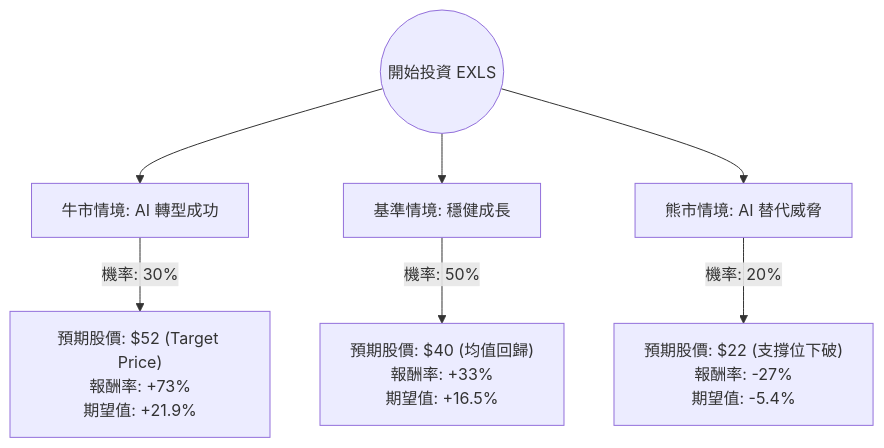
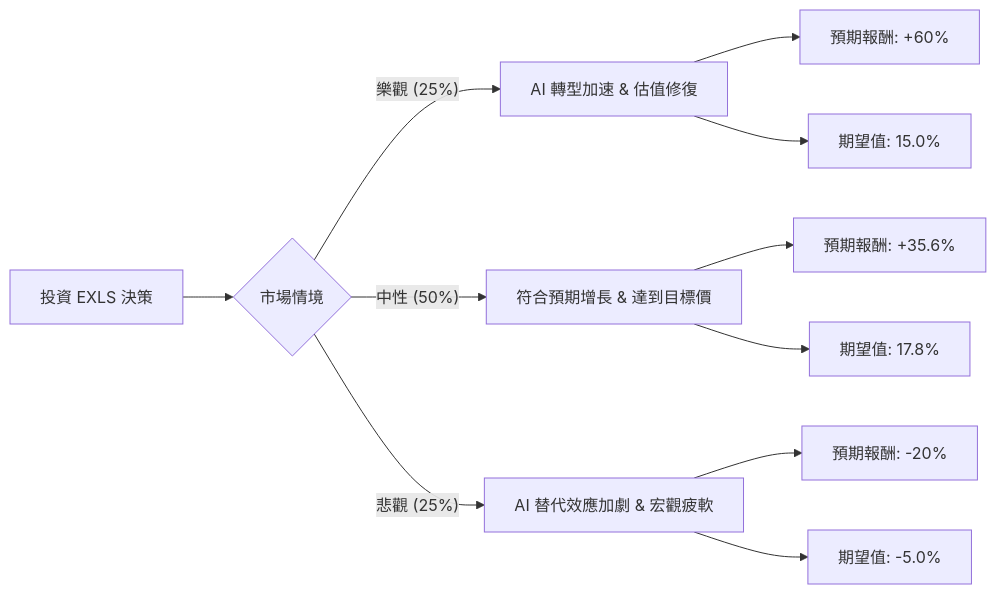
The diagram in plugin-react/ai-analysis/ev-analysis/EXLS.md (zmcx16/zmcx16.github.io), drawn with Mermaid before and after one commit. The commit also changed other lines of this file and 75 other files, not shown here.

````diff
--- a/plugin-react/ai-analysis/ev-analysis/EXLS.md
+++ b/plugin-react/ai-analysis/ev-analysis/EXLS.md
@@ -21,10 +19,16 @@
 ```mermaid
-graph TD
-    Start((開始投資 EXLS)) --> Bull[牛市情境: AI 轉型成功]
-    Start --> Base[基準情境: 穩健成長]
-    Start --> Bear[熊市情境: AI 替代威脅]
+graph LR
+    A[投資 EXLS 決策] --> B{市場情境}
+    
+    B -- 樂觀 (25%) --> C[AI 轉型加速 & 估值修復]
+    C --> C1[預期報酬: +60%]
+    C --> C2[期望值: 15.0%]
 
-    Bull -- "機率: 30%" --> BullVal["預期股價: $52 (Target Price)<br/>報酬率: +73%<br/>期望值: +21.9%"]
-    Base -- "機率: 50%" --> BaseVal["預期股價: $40 (均值回歸)<br/>報酬率: +33%<br/>期望值: +16.5%"]
-    Bear -- "機率: 20%" --> BearVal["預期股價: $22 (支撐位下破)<br/>報酬率: -27%<br/>期望值: -5.4%"]
+    B -- 中性 (50%) --> D[符合預期增長 & 達到目標價]
+    D --> D1[預期報酬: +35.6%]
+    D --> D2[期望值: 17.8%]
+
+    B -- 悲觀 (25%) --> E[AI 替代效應加劇 & 宏觀疲軟]
+    E --> E1[預期報酬: -20%]
+    E --> E2[期望值: -5.0%]
 ```
````
